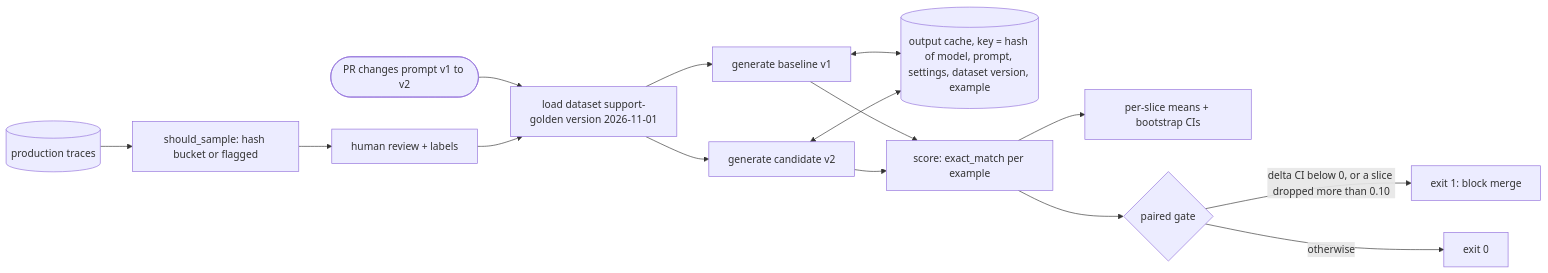
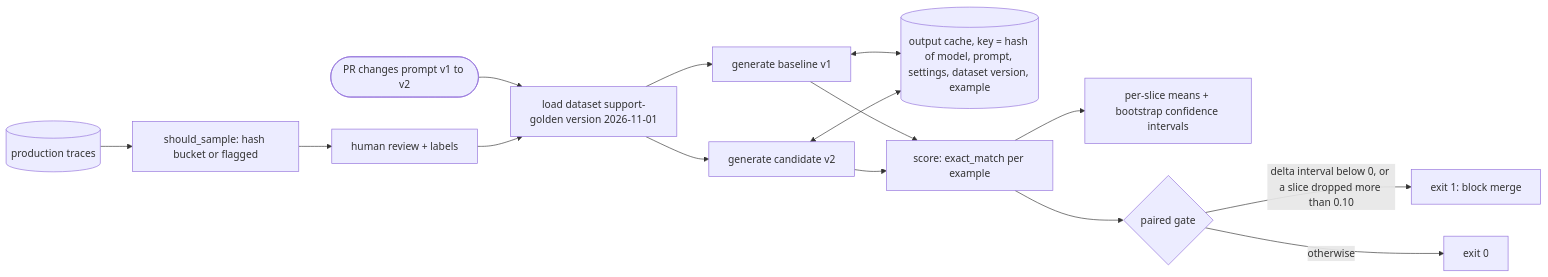
The first of 2 diagrams in part-2-production-patterns/27-evaluation-pipelines/architecture.md (xoTEMPESTox/production-ai-engineering), drawn with Mermaid before and after one commit. The commit also changed other lines of this file and 19 other files, not shown here.

````diff
--- a/part-2-production-patterns/27-evaluation-pipelines/architecture.md
+++ b/part-2-production-patterns/27-evaluation-pipelines/architecture.md
@@ -7,16 +7,16 @@
 ```mermaid
 flowchart LR
     PR([PR changes prompt v1 to v2]) --> Load[load dataset support-golden version 2026-11-01]
     Load --> GenB[generate baseline v1]
     Load --> GenC[generate candidate v2]
     GenB <--> Cache[(output cache, key = hash of model, prompt, settings, dataset version, example)]
     GenC <--> Cache
     GenB --> Score[score: exact_match per example]
     GenC --> Score
-    Score --> Report[per-slice means + bootstrap CIs]
+    Score --> Report[per-slice means + bootstrap confidence intervals]
     Score --> Gate{paired gate}
-    Gate -- delta CI below 0, or a slice dropped more than 0.10 --> Fail[exit 1: block merge]
+    Gate -- delta interval below 0, or a slice dropped more than 0.10 --> Fail[exit 1: block merge]
     Gate -- otherwise --> Pass[exit 0]
     Prod[(production traces)] --> Sample[should_sample: hash bucket or flagged]
     Sample --> Review[human review + labels] --> Load
 ```
````
